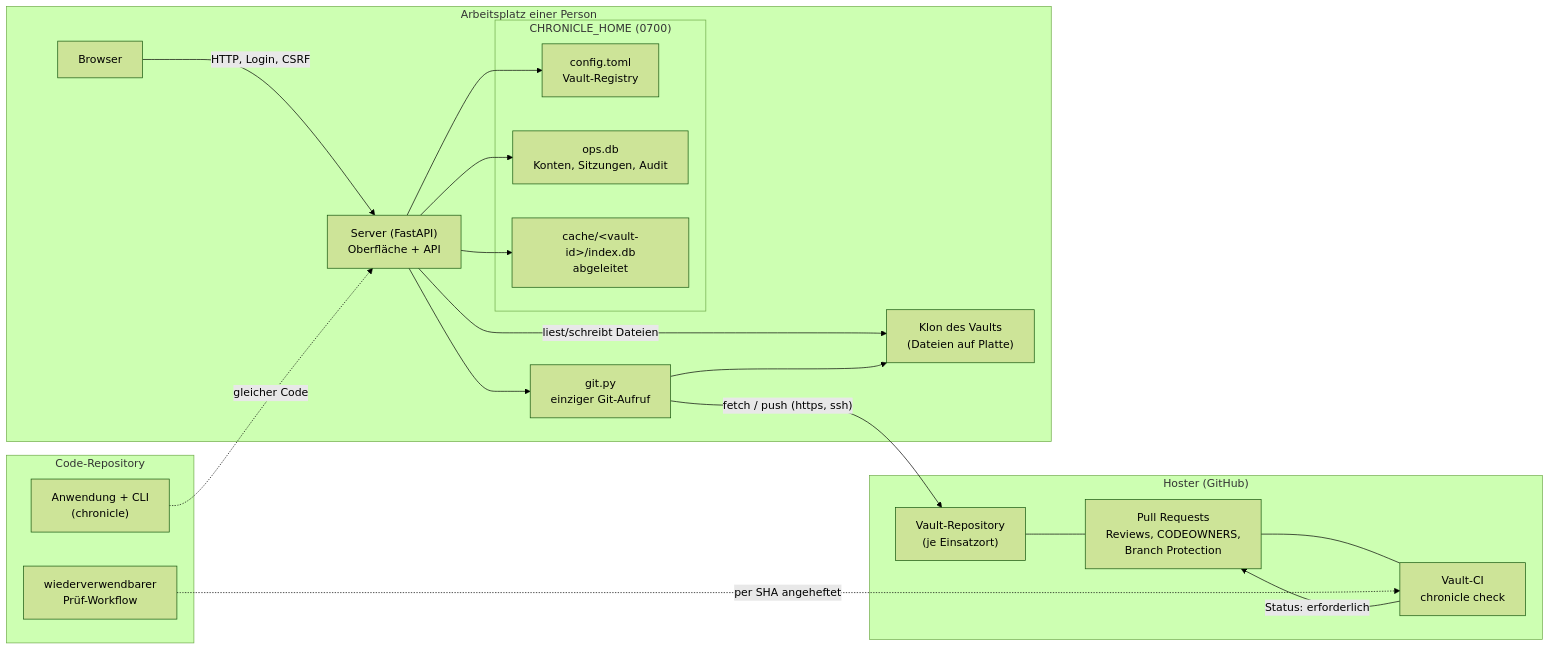
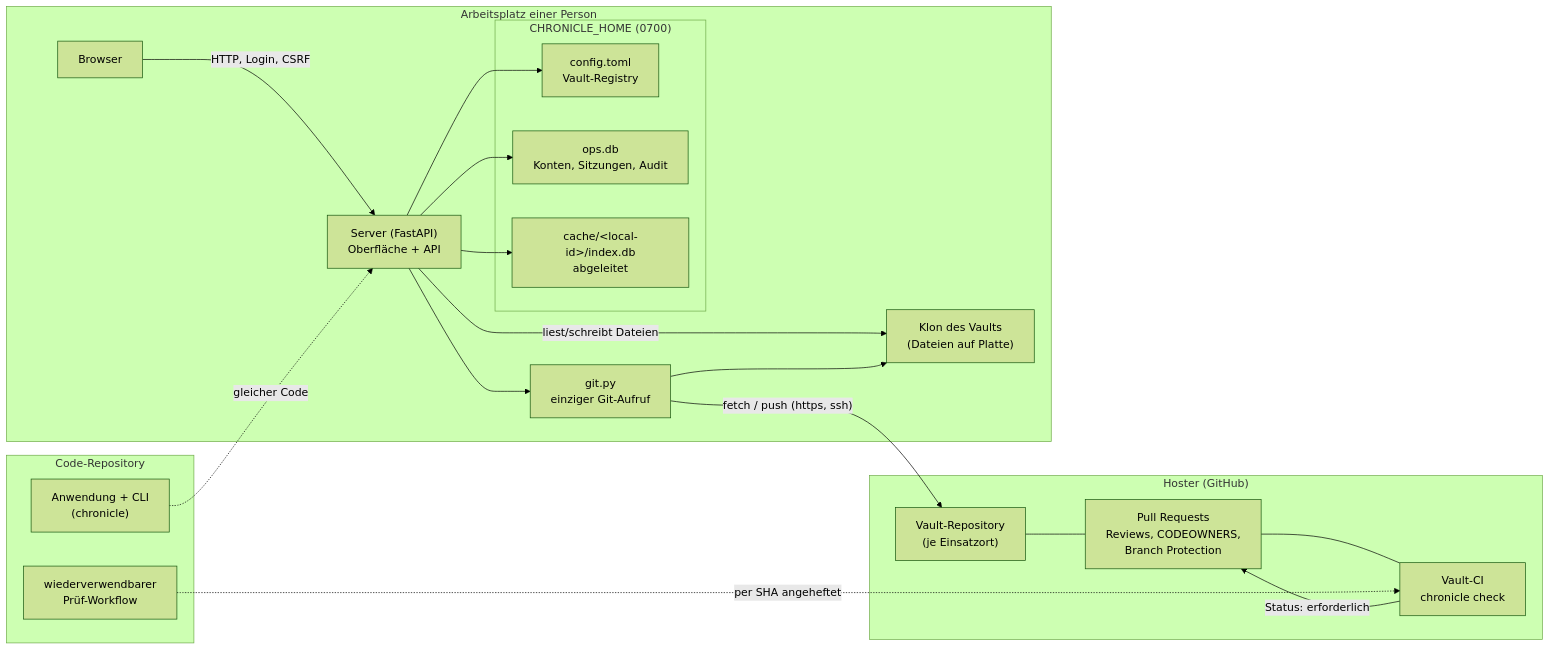
One commit to JoePhanDro/Chronicle-as-Code changed the first of 4 diagrams in docs/architecture/vault-git.md. Above: the diagram before and after it, drawn with Mermaid (forest theme). The commit also changed other lines of this file and 12 other files, not shown here.

````diff
--- a/docs/architecture/vault-git.md
+++ b/docs/architecture/vault-git.md
@@ -30,38 +30,38 @@
 ```mermaid
 flowchart LR
   subgraph Host["Hoster (GitHub)"]
     VR["Vault-Repository<br/>(je Einsatzort)"]
     PR["Pull Requests<br/>Reviews, CODEOWNERS,<br/>Branch Protection"]
     CI["Vault-CI<br/>chronicle check"]
     VR --- PR --- CI
   end
 
   subgraph Code["Code-Repository"]
     APP["Anwendung + CLI<br/>(chronicle)"]
     WF["wiederverwendbarer<br/>Prüf-Workflow"]
   end
 
   subgraph WS["Arbeitsplatz einer Person"]
     subgraph HOME["CHRONICLE_HOME (0700)"]
       CFG["config.toml<br/>Vault-Registry"]
       OPS["ops.db<br/>Konten, Sitzungen, Audit"]
-      IDX["cache/&lt;vault-id&gt;/index.db<br/>abgeleitet"]
+      IDX["cache/&lt;local-id&gt;/index.db<br/>abgeleitet"]
     end
     CLONE["Klon des Vaults<br/>(Dateien auf Platte)"]
     SRV["Server (FastAPI)<br/>Oberfläche + API"]
     GIT["git.py<br/>einziger Git-Aufruf"]
     BR["Browser"]
   end
 
   BR -->|"HTTP, Login, CSRF"| SRV
   SRV --> CFG
   SRV --> OPS
   SRV --> IDX
   SRV -->|"liest/schreibt Dateien"| CLONE
   SRV --> GIT
   GIT -->|"fetch / push (https, ssh)"| VR
   GIT --> CLONE
   APP -.->|"gleicher Code"| SRV
   WF -.->|"per SHA angeheftet"| CI
   CI -->|"Status: erforderlich"| PR
 ```
````
